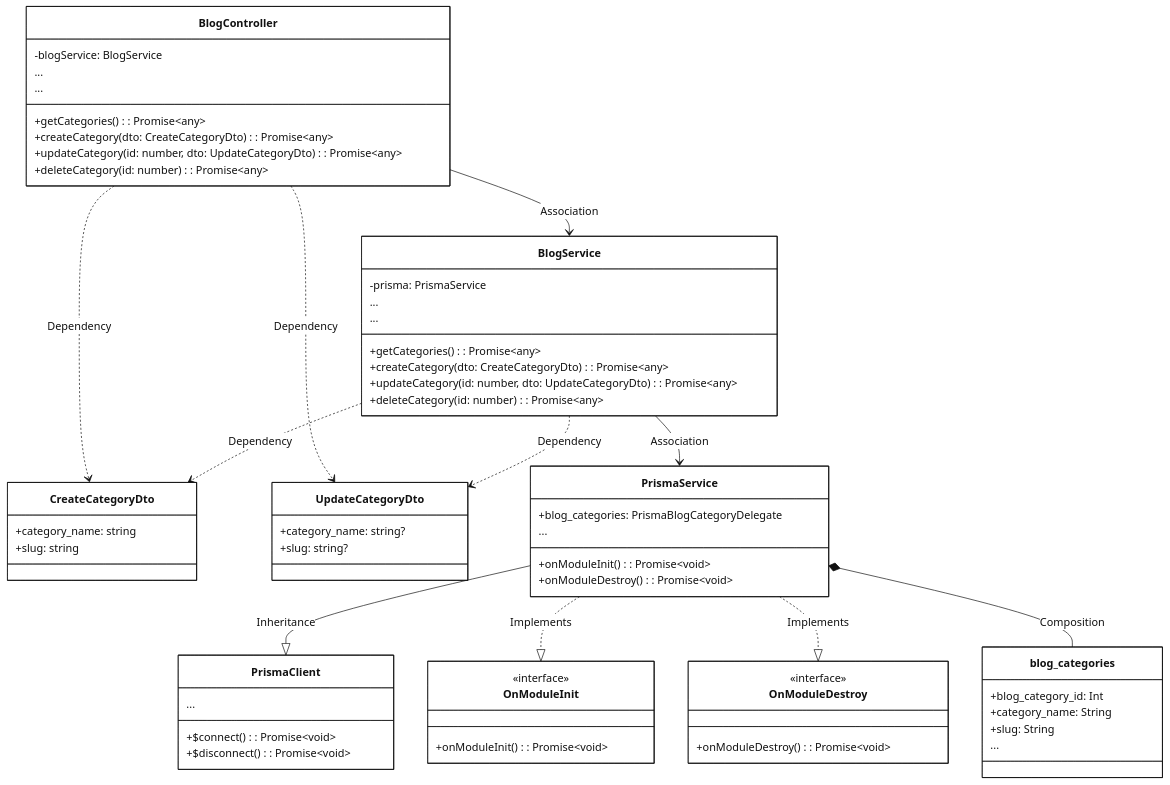
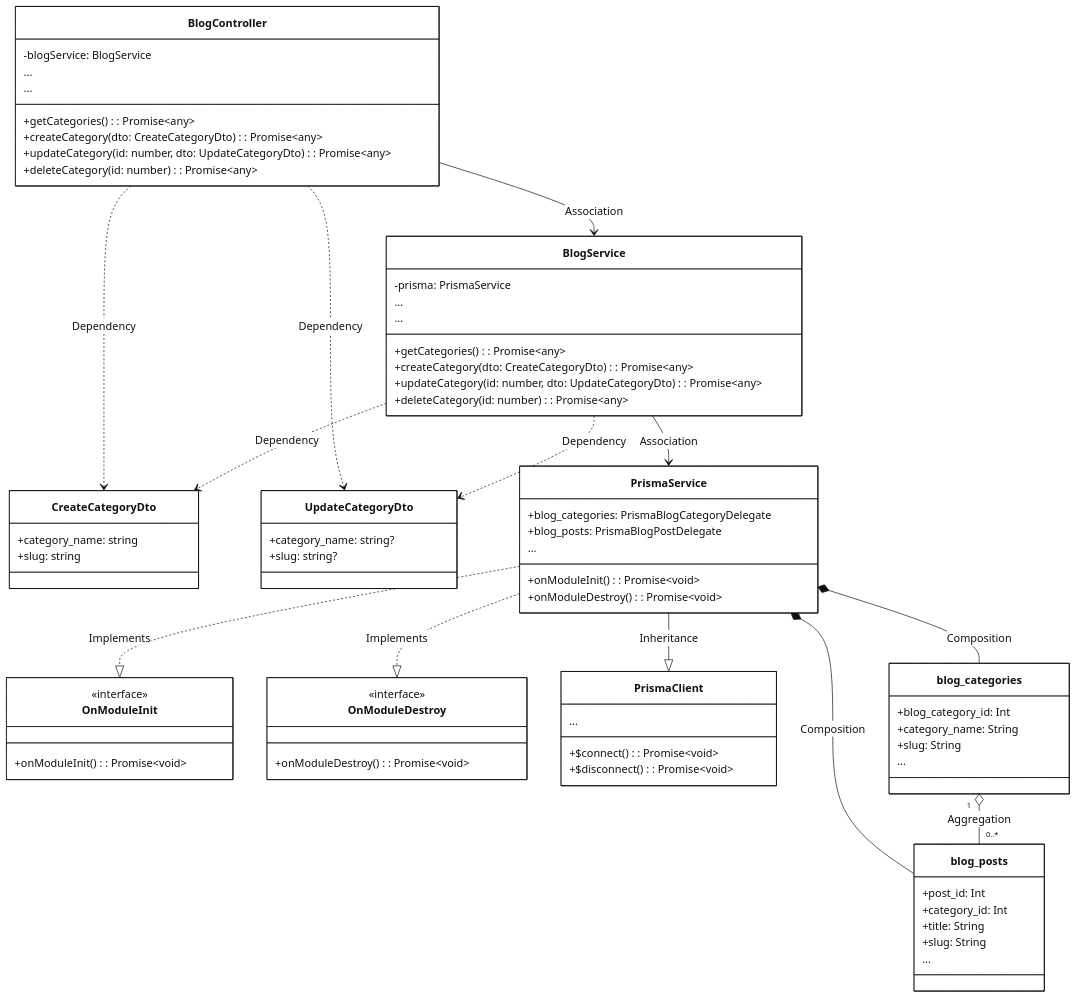
The second of 5 diagrams in modules_mermaid/08_blog.md (CuongBC195/class-diagram-donation-blood), drawn with Mermaid before and after one commit. The commit also changed other lines of this file and 30 other files, not shown here.

Commit message:
fix(diagrams): achieve 100% capstone alignment with backend source code across all 13 modules

````diff
--- a/modules_mermaid/08_blog.md
+++ b/modules_mermaid/08_blog.md
@@ -250,9 +250,18 @@
 
 class PrismaService {
   +blog_categories: PrismaBlogCategoryDelegate
+  +blog_posts: PrismaBlogPostDelegate
   ...
   +onModuleInit(): Promise~void~
   +onModuleDestroy(): Promise~void~
+}
+
+class blog_posts {
+  +post_id: Int
+  +category_id: Int
+  +title: String
+  +slug: String
+  ...
 }
 
 class blog_categories {
@@ -275,4 +284,7 @@
 PrismaService ..|> OnModuleDestroy : Implements
 
 PrismaService *-- blog_categories : Composition
+PrismaService *-- blog_posts : Composition
+
+blog_categories "1" o-- "0..*" blog_posts : Aggregation
 ```
````
